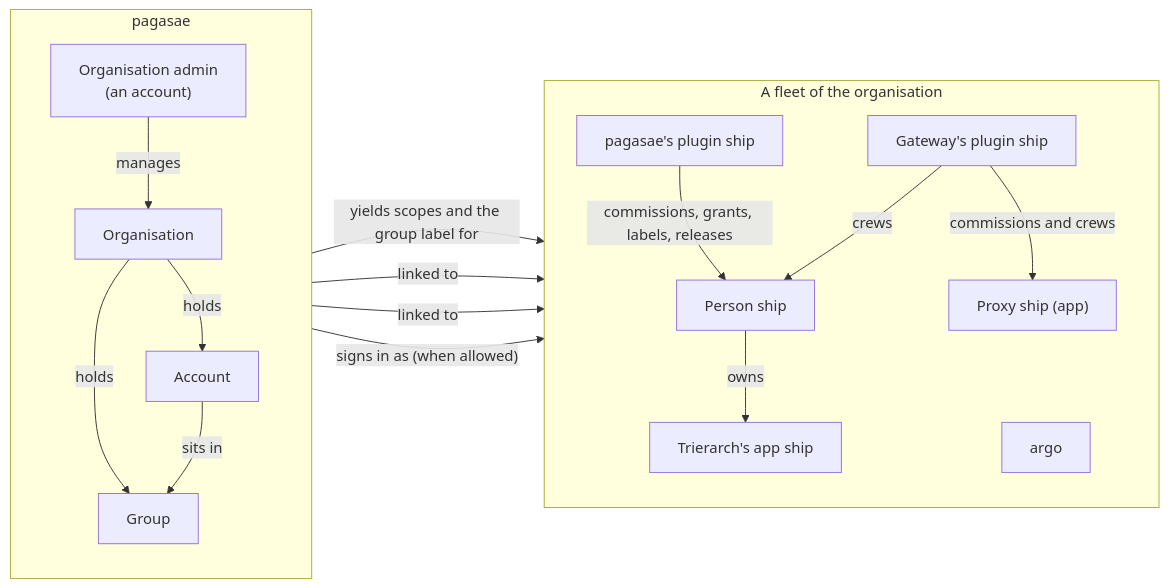
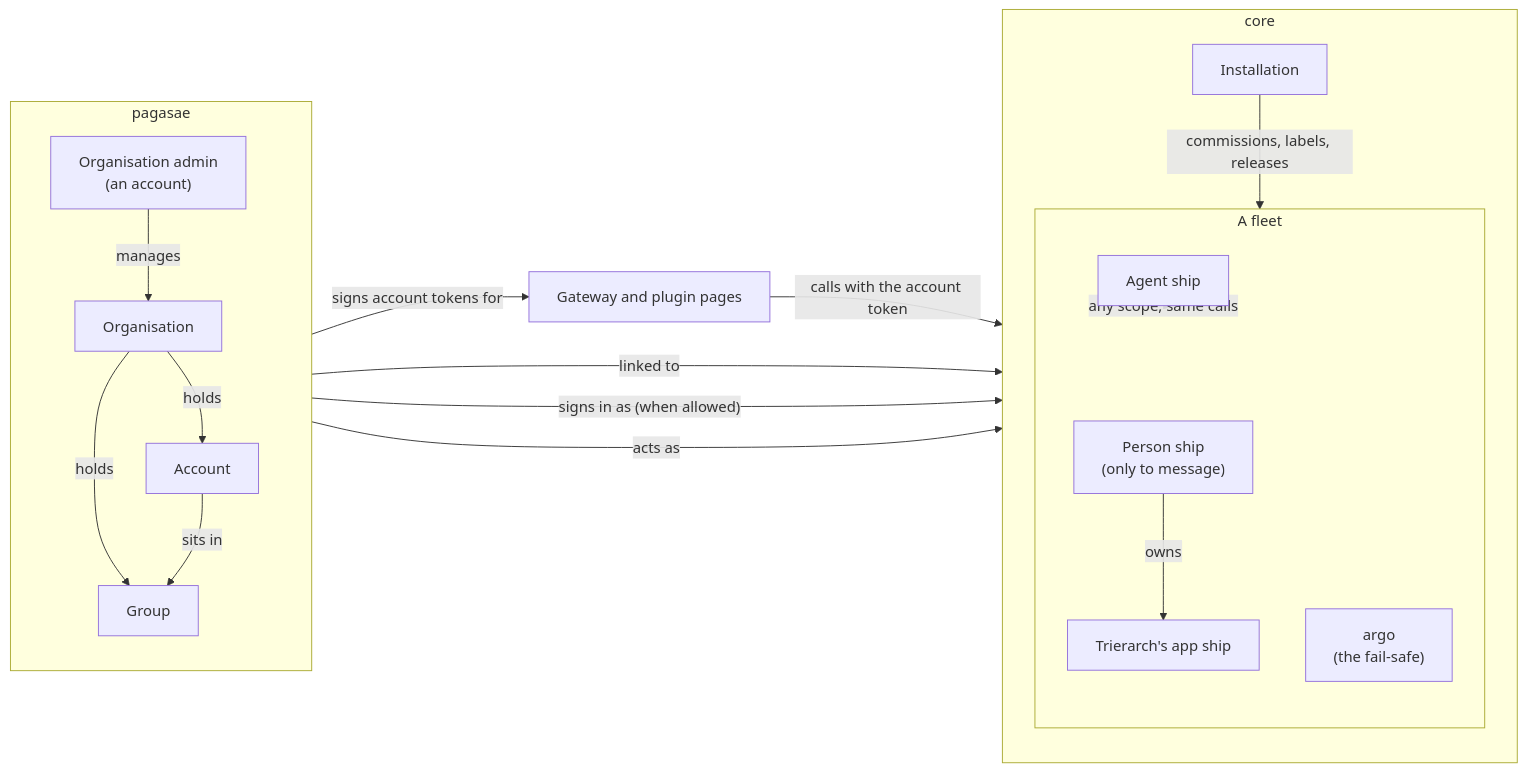
The diagram in docs/design/accounts/phase-2/README.md (ThomasHendrickx/aeolus-fleet), drawn with Mermaid before and after one commit. The commit also changed other lines of this file and 8 other files, not shown here.

````diff
--- a/docs/design/accounts/phase-2/README.md
+++ b/docs/design/accounts/phase-2/README.md
@@ -17,31 +19,34 @@
 ```mermaid
 flowchart LR
   subgraph pagasae["pagasae"]
     direction TB
     org["Organisation"]
     acc["Account"]
     grp["Group"]
     oa["Organisation admin<br/>(an account)"]
   end
-  subgraph fleet["A fleet of the organisation"]
+  subgraph core["core"]
     direction TB
-    pship["pagasae's plugin ship"]
-    person["Person ship"]
-    argo["argo"]
-    tri["Trierarch's app ship"]
-    gw["Gateway's plugin ship"]
-    proxy["Proxy ship (app)"]
+    inst["Installation"]
+    subgraph fleet["A fleet"]
+      direction TB
+      person["Person ship<br/>(only to message)"]
+      argo["argo<br/>(the fail-safe)"]
+      agent["Agent ship"]
+      tri["Trierarch's app ship"]
+    end
   end
+  gw["Gateway and plugin pages"]
   org -- holds --> acc
   org -- holds --> grp
   acc -- sits in --> grp
   oa -- manages --> org
-  grp -- "yields scopes and the group label for" --> person
-  pship -- "commissions, grants, labels, releases" --> person
+  pagasae -- "signs account tokens for" --> gw
+  gw -- "calls with the account token" --> fleet
+  pagasae -- "acts as" --> inst
+  inst -- "commissions, labels, releases" --> person
   acc -- linked to --> person
-  acc -- linked to --> tri
   person -- owns --> tri
   acc -- "signs in as (when allowed)" --> argo
-  gw -- crews --> person
-  gw -- "commissions and crews" --> proxy
+  agent -- "any scope, same calls" --> fleet
 ```
````
